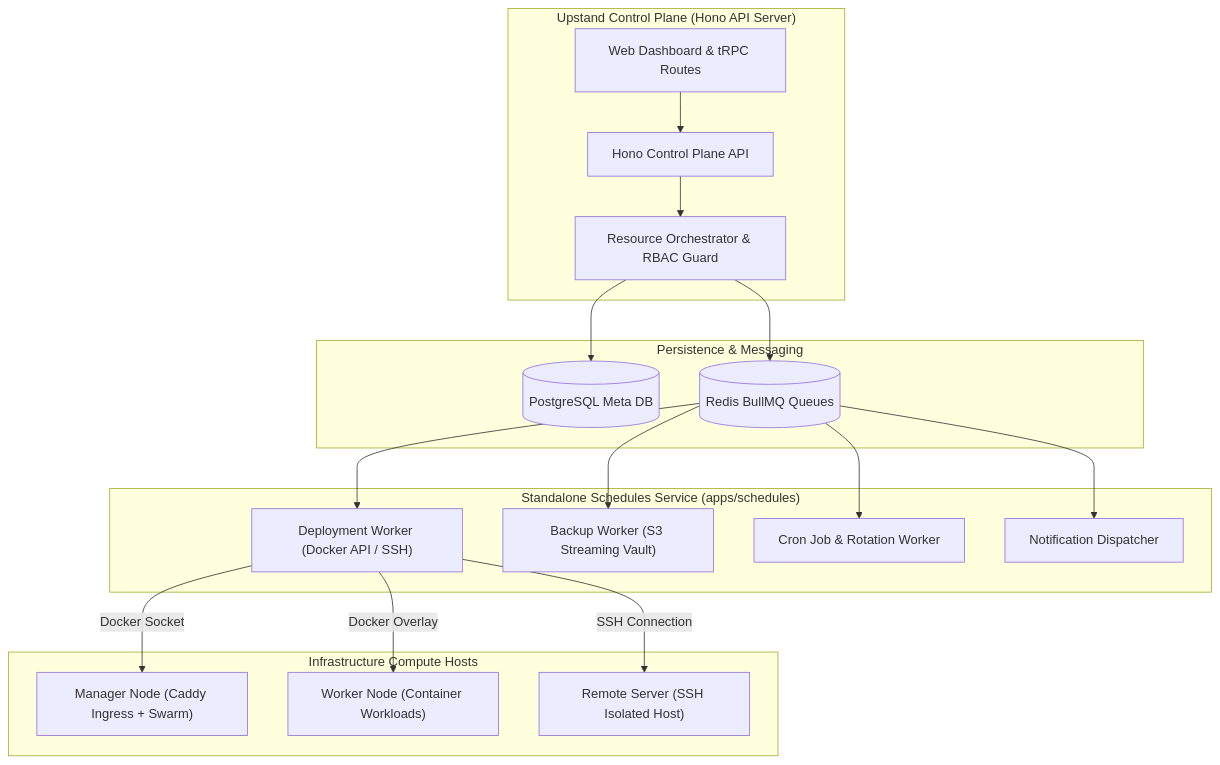
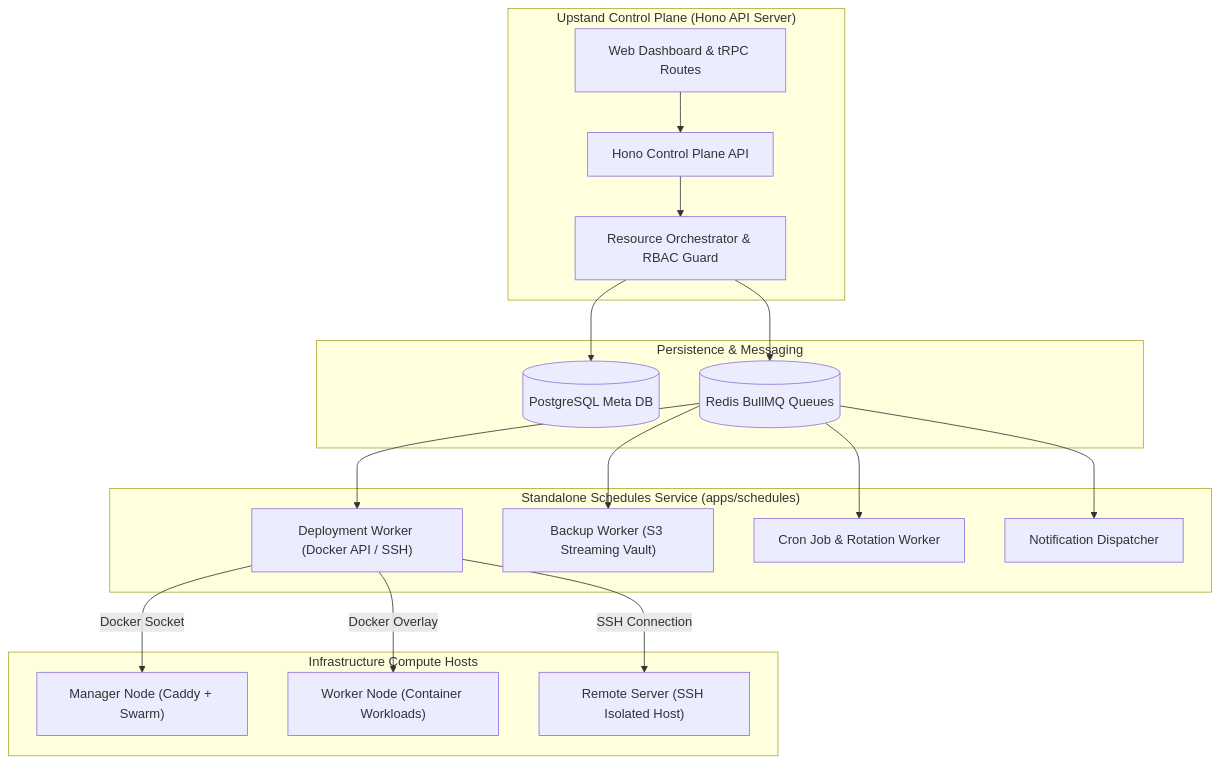
Before and after one commit to UpstandPlatform/upstand: the diagram in apps/fumadocs/content/docs/operations/infrastructure.mdx, drawn with Mermaid. The commit also changed other lines of this file and 942 other files, not shown here.

````diff
--- a/apps/fumadocs/content/docs/operations/infrastructure.mdx
+++ b/apps/fumadocs/content/docs/operations/infrastructure.mdx
@@ -12,37 +12,37 @@
 ```mermaid
 flowchart TD
     subgraph ControlPlane["Upstand Control Plane (Hono API Server)"]
         UI["Web Dashboard & tRPC Routes"]
         APIServer["Hono Control Plane API"]
         Orchestration["Resource Orchestrator & RBAC Guard"]
         UI --> APIServer
         APIServer --> Orchestration
     end
 
     subgraph DataStore["Persistence & Messaging"]
         Postgres[(PostgreSQL Meta DB)]
         Redis[(Redis BullMQ Queues)]
         Orchestration --> Postgres
         Orchestration --> Redis
     end
 
     subgraph WorkerPool["Standalone Schedules Service (apps/schedules)"]
         DeployWorker["Deployment Worker (Docker API / SSH)"]
         BackupWorker["Backup Worker (S3 Streaming Vault)"]
         CronWorker["Cron Job & Rotation Worker"]
         NotificationWorker["Notification Dispatcher"]
         Redis --> DeployWorker
         Redis --> BackupWorker
         Redis --> CronWorker
         Redis --> NotificationWorker
     end
 
     subgraph TargetHosts["Infrastructure Compute Hosts"]
-        Host1["Manager Node (Caddy Ingress + Swarm)"]
+        Host1["Manager Node (Caddy + Swarm)"]
         Host2["Worker Node (Container Workloads)"]
         Host3["Remote Server (SSH Isolated Host)"]
         DeployWorker -->|Docker Socket| Host1
         DeployWorker -->|Docker Overlay| Host2
         DeployWorker -->|SSH Connection| Host3
     end
 ```
````
